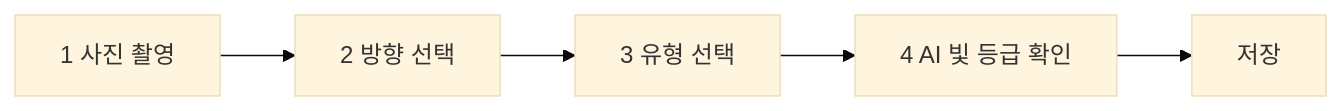
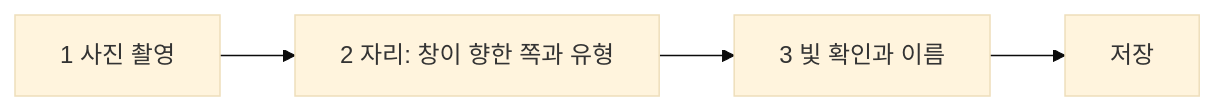
Before and after one commit to simonwhere/multtae: the second of 5 diagrams in SPEC.md, drawn with Mermaid (base theme). The commit also changed other lines of this file and 17 other files, not shown here.

````diff
--- a/SPEC.md
+++ b/SPEC.md
@@ -161,7 +161,6 @@
 ```mermaid
 flowchart LR
-  A[1 사진 촬영] --> B[2 방향 선택]
-  B --> C[3 유형 선택]
-  C --> D[4 AI 빛 등급 확인]
-  D --> E[저장]
+  A[1 사진 촬영] --> B[2 자리: 창이 향한 쪽과 유형]
+  B --> C[3 빛 확인과 이름]
+  C --> D[저장]
 ```
````
